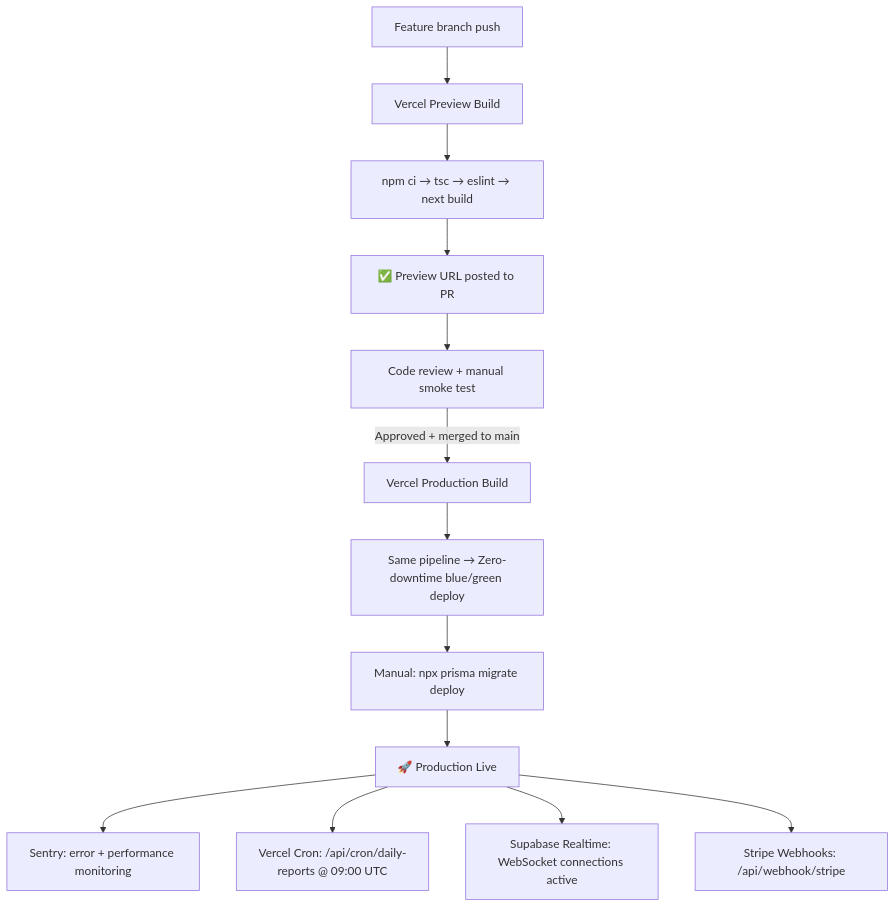
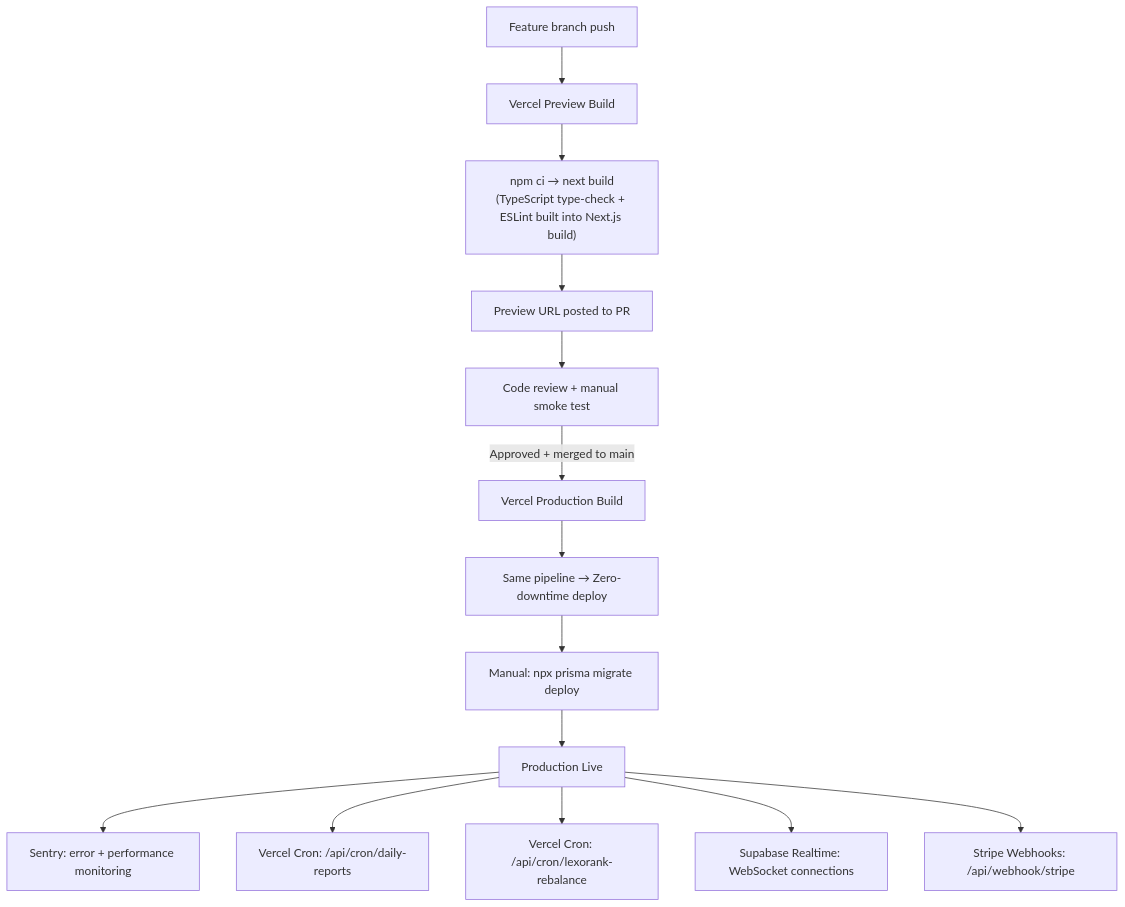
One commit to viraj1011JAIN/Nexus changed the second of 5 diagrams in README.md. Above: the diagram before and after it, drawn with Mermaid. The commit also changed other lines of this file and 1 other file, not shown here.

````diff
--- a/README.md
+++ b/README.md
@@ -1218,15 +1250,16 @@
 ```mermaid
 flowchart TD
     A["Feature branch push"] --> B["Vercel Preview Build"]
-    B --> B1["npm ci → tsc → eslint → next build"]
-    B1 --> B2["✅ Preview URL posted to PR"]
+    B --> B1["npm ci → next build<br/>(TypeScript type-check + ESLint built into Next.js build)"]
+    B1 --> B2["Preview URL posted to PR"]
     B2 --> C["Code review + manual smoke test"]
     C -->|"Approved + merged to main"| D["Vercel Production Build"]
-    D --> D1["Same pipeline → Zero-downtime blue/green deploy"]
+    D --> D1["Same pipeline → Zero-downtime deploy"]
     D1 --> E["Manual: npx prisma migrate deploy"]
-    E --> F["🚀 Production Live"]
+    E --> F["Production Live"]
     F --> G1["Sentry: error + performance monitoring"]
-    F --> G2["Vercel Cron: /api/cron/daily-reports @ 09:00 UTC"]
-    F --> G3["Supabase Realtime: WebSocket connections active"]
-    F --> G4["Stripe Webhooks: /api/webhook/stripe"]
+    F --> G2["Vercel Cron: /api/cron/daily-reports"]
+    F --> G3["Vercel Cron: /api/cron/lexorank-rebalance"]
+    F --> G4["Supabase Realtime: WebSocket connections"]
+    F --> G5["Stripe Webhooks: /api/webhook/stripe"]
 ```
````
